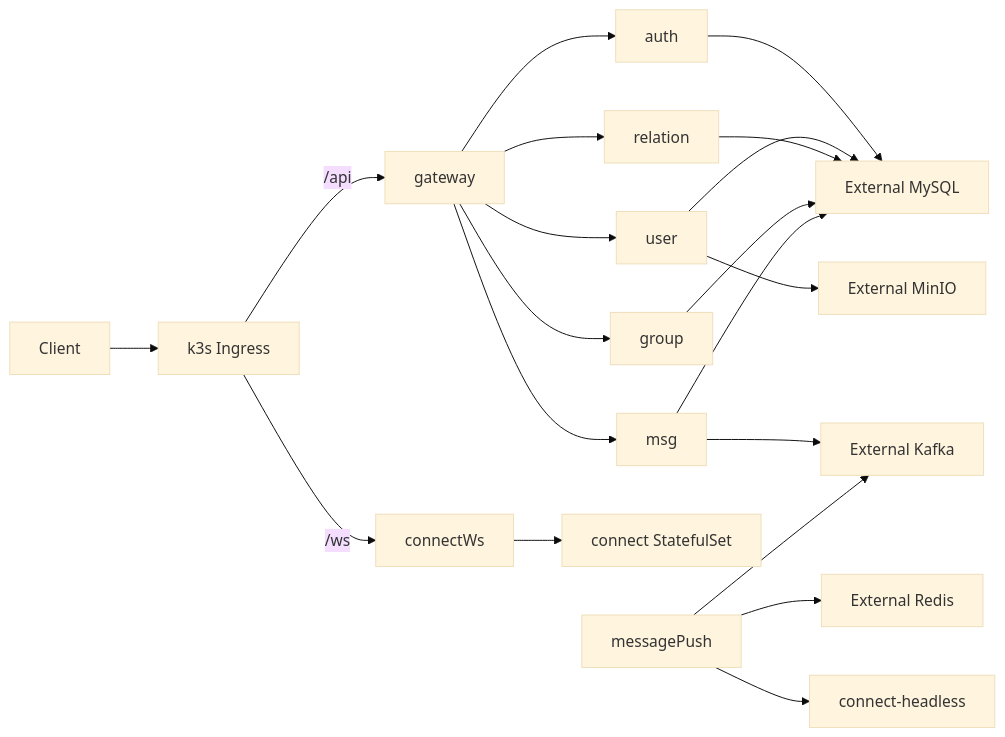
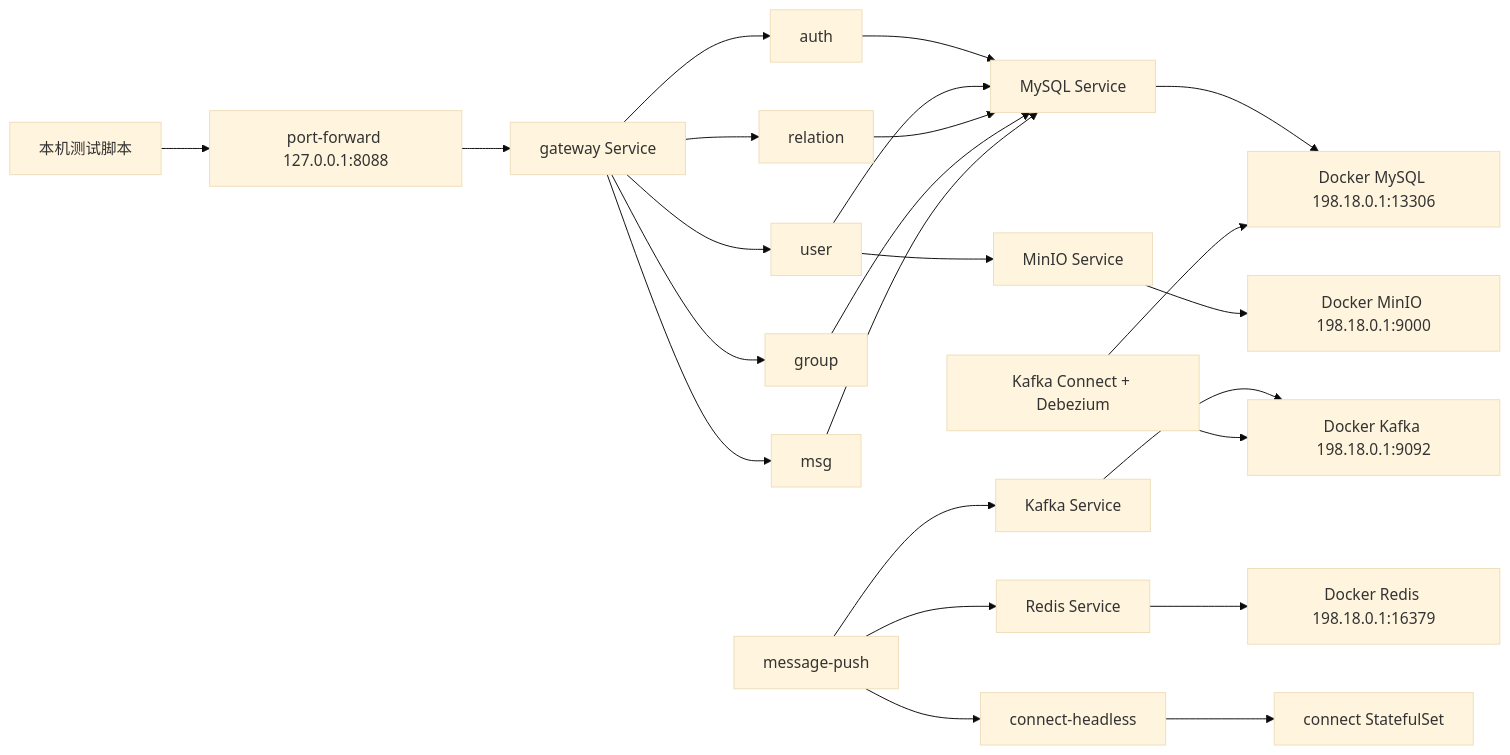
Before and after one commit to 013677890/LCchat: the diagram in doc/guides/k3s迁移方案.md, drawn with Mermaid (base theme). The commit also changed other lines of this file and 12 other files, not shown here.

````diff
--- a/doc/guides/k3s迁移方案.md
+++ b/doc/guides/k3s迁移方案.md
@@ -41,22 +42,26 @@
 ```mermaid
 flowchart LR
-    client["Client"] --> ingress["k3s Ingress"]
-    ingress -->|"/api"| gateway
-    ingress -->|"/ws"| connectWs
+    client["本机测试脚本"] --> pf["port-forward 127.0.0.1:8088"]
+    pf --> gateway["gateway Service"]
     gateway --> auth
     gateway --> user
     gateway --> relation
     gateway --> group
     gateway --> msg
-    connectWs --> connectSts["connect StatefulSet"]
-    msg --> kafka["External Kafka"]
-    messagePush --> kafka
-    messagePush --> redis["External Redis"]
+    messagePush["message-push"] --> kafkaSvc["Kafka Service"]
+    messagePush --> redisSvc["Redis Service"]
     messagePush --> connectHeadless["connect-headless"]
-    auth --> mysql["External MySQL"]
-    user --> mysql
-    relation --> mysql
-    group --> mysql
-    msg --> mysql
-    user --> minio["External MinIO"]
+    connectHeadless --> connect["connect StatefulSet"]
+    auth --> mysqlSvc["MySQL Service"]
+    user --> mysqlSvc
+    relation --> mysqlSvc
+    group --> mysqlSvc
+    msg --> mysqlSvc
+    user --> minioSvc["MinIO Service"]
+    mysqlSvc --> mysql["Docker MySQL 198.18.0.1:13306"]
+    redisSvc --> redis["Docker Redis 198.18.0.1:16379"]
+    kafkaSvc --> kafka["Docker Kafka 198.18.0.1:9092"]
+    minioSvc --> minio["Docker MinIO 198.18.0.1:9000"]
+    cdc["Kafka Connect + Debezium"] --> mysql
+    cdc --> kafka
 ```
````
